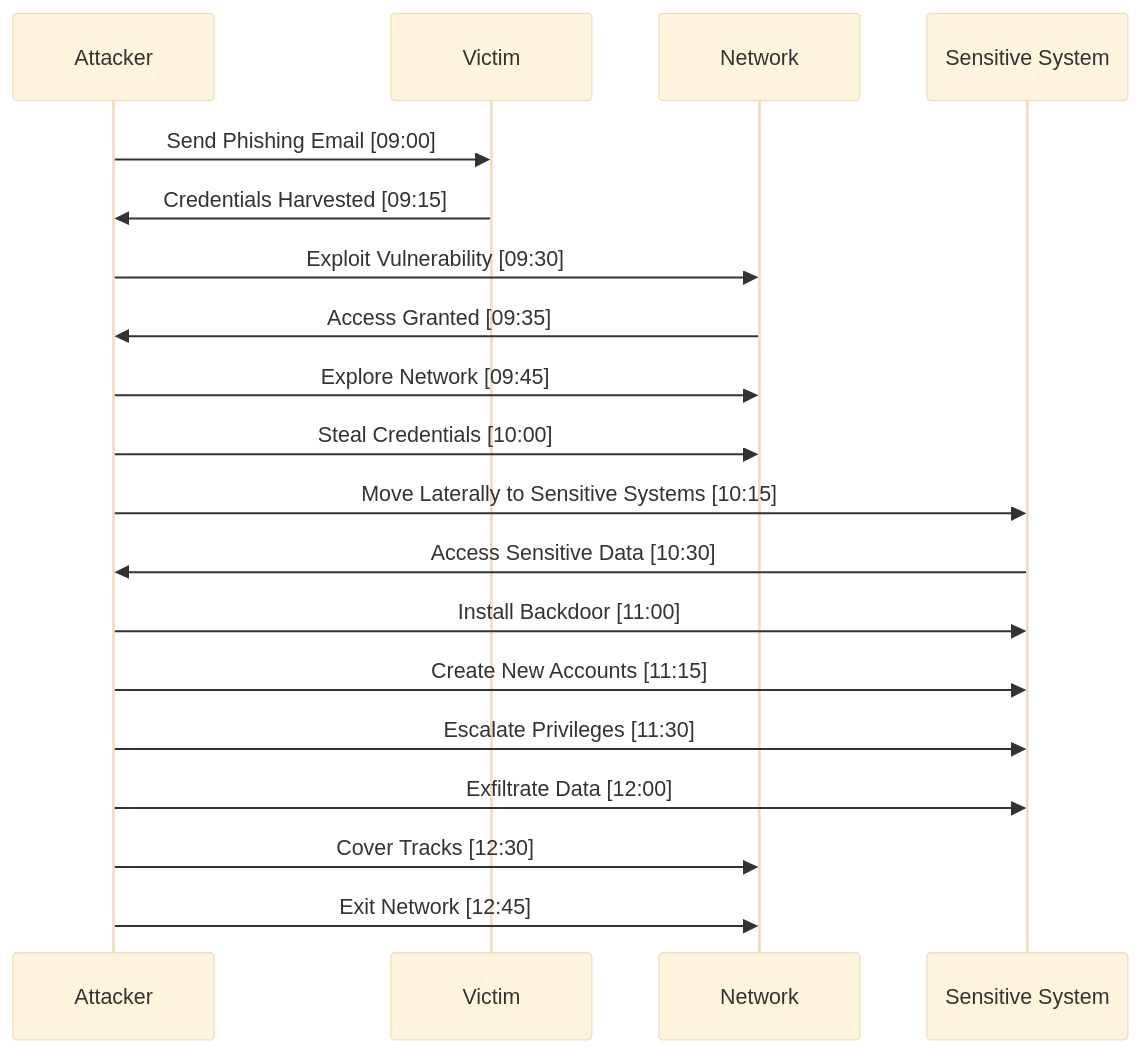
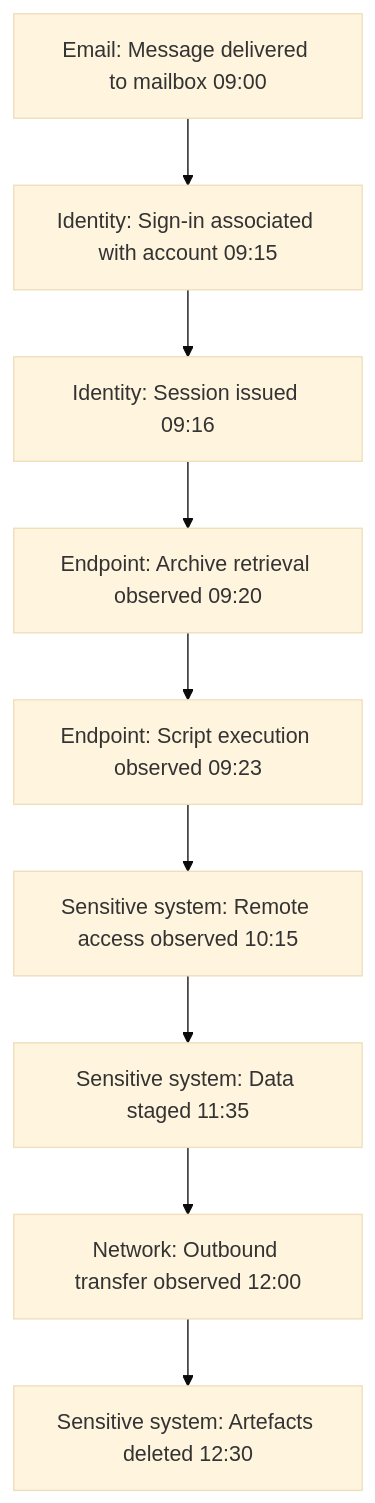
One commit to rjohnsen/threathunting-book changed the first of 3 diagrams in content/part-3/establishing-timeline.md. Above: the diagram before and after it, drawn with Mermaid (base theme). The commit also changed other lines of this file and 2 other files, not shown here.

```diff
--- a/content/part-3/establishing-timeline.md
+++ b/content/part-3/establishing-timeline.md
@@ -50,29 +104,14 @@
 {{<mermaid align="center">}}
-sequenceDiagram
-    participant Attacker
-    participant Victim
-    participant Network
-    participant Sensitive System
+flowchart TD
+    A[Email: Message delivered to mailbox 09:00]
+    B[Identity: Sign-in associated with account 09:15]
+    C[Identity: Session issued 09:16]
+    D[Endpoint: Archive retrieval observed 09:20]
+    E[Endpoint: Script execution observed 09:23]
+    F[Sensitive system: Remote access observed 10:15]
+    G[Sensitive system: Data staged 11:35]
+    H[Network: Outbound transfer observed 12:00]
+    I[Sensitive system: Artefacts deleted 12:30]
 
-    %% Initial Compromise
-    Attacker->>Victim: Send Phishing Email [09:00]
-    Victim->>Attacker: Credentials Harvested [09:15]
-    Attacker->>Network: Exploit Vulnerability [09:30]
-    Network->>Attacker: Access Granted [09:35]
-
-    %% Lateral Movement
-    Attacker->>Network: Explore Network [09:45]
-    Attacker->>Network: Steal Credentials [10:00]
-    Attacker->>Sensitive System: Move Laterally to Sensitive Systems [10:15]
-    Sensitive System->>Attacker: Access Sensitive Data [10:30]
-
-    %% Persistence
-    Attacker->>Sensitive System: Install Backdoor [11:00]
-    Attacker->>Sensitive System: Create New Accounts [11:15]
-    Attacker->>Sensitive System: Escalate Privileges [11:30]
-
-    %% Data Exfiltration
-    Attacker->>Sensitive System: Exfiltrate Data [12:00]
-    Attacker->>Network: Cover Tracks [12:30]
-    Attacker->>Network: Exit Network [12:45]
- {{< /mermaid >}}
+    A --> B --> C --> D --> E --> F --> G --> H --> I
+{{< /mermaid >}}
```
